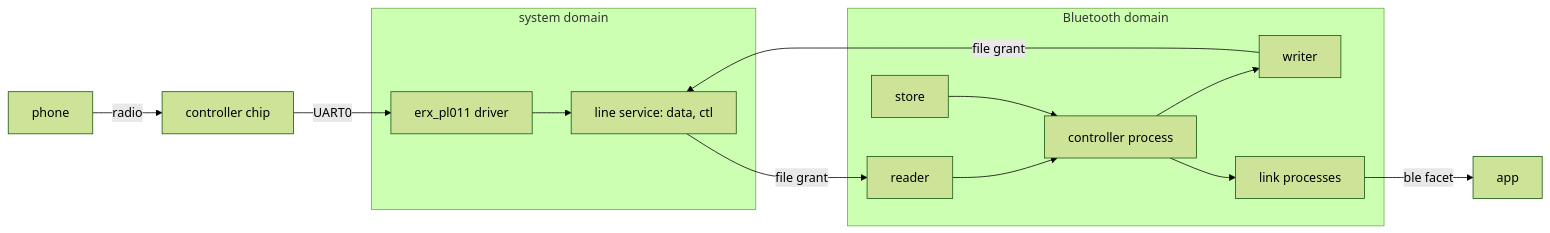
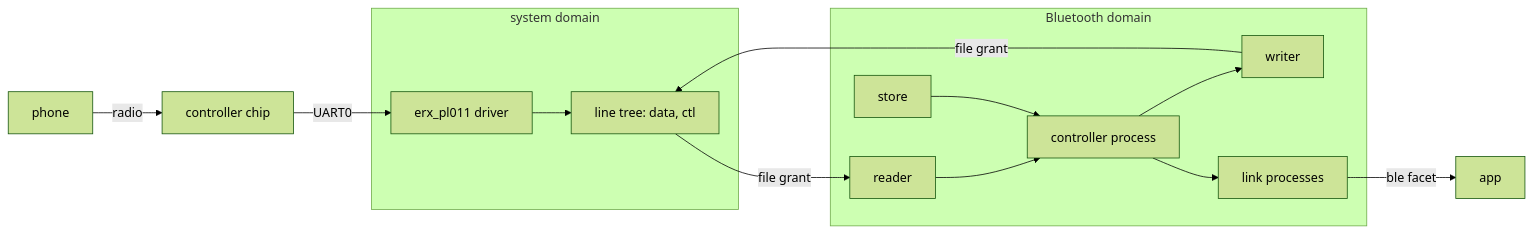
One commit to nshkrdotcom/erXos changed the first of 2 diagrams in docs/book/19-bluetooth.md. Above: the diagram before and after it, drawn with Mermaid (forest theme). The commit also changed other lines of this file, not shown here.

````diff
--- a/docs/book/19-bluetooth.md
+++ b/docs/book/19-bluetooth.md
@@ -170,17 +163,17 @@
 ```mermaid
 flowchart LR
     phone[phone] -- radio --> chip[controller chip]
     chip -- UART0 --> pl011[erx_pl011 driver]
     subgraph sys [system domain]
-        pl011 --> line[line service: data, ctl]
+        pl011 --> line[line tree: data, ctl]
     end
     subgraph bt [Bluetooth domain]
         rx[reader] --> hci[controller process]
         hci --> tx[writer]
         hci --> links[link processes]
         store[store] --> hci
     end
     line -- file grant --> rx
     tx -- file grant --> line
     links -- ble facet --> app[app]
 ```
````
